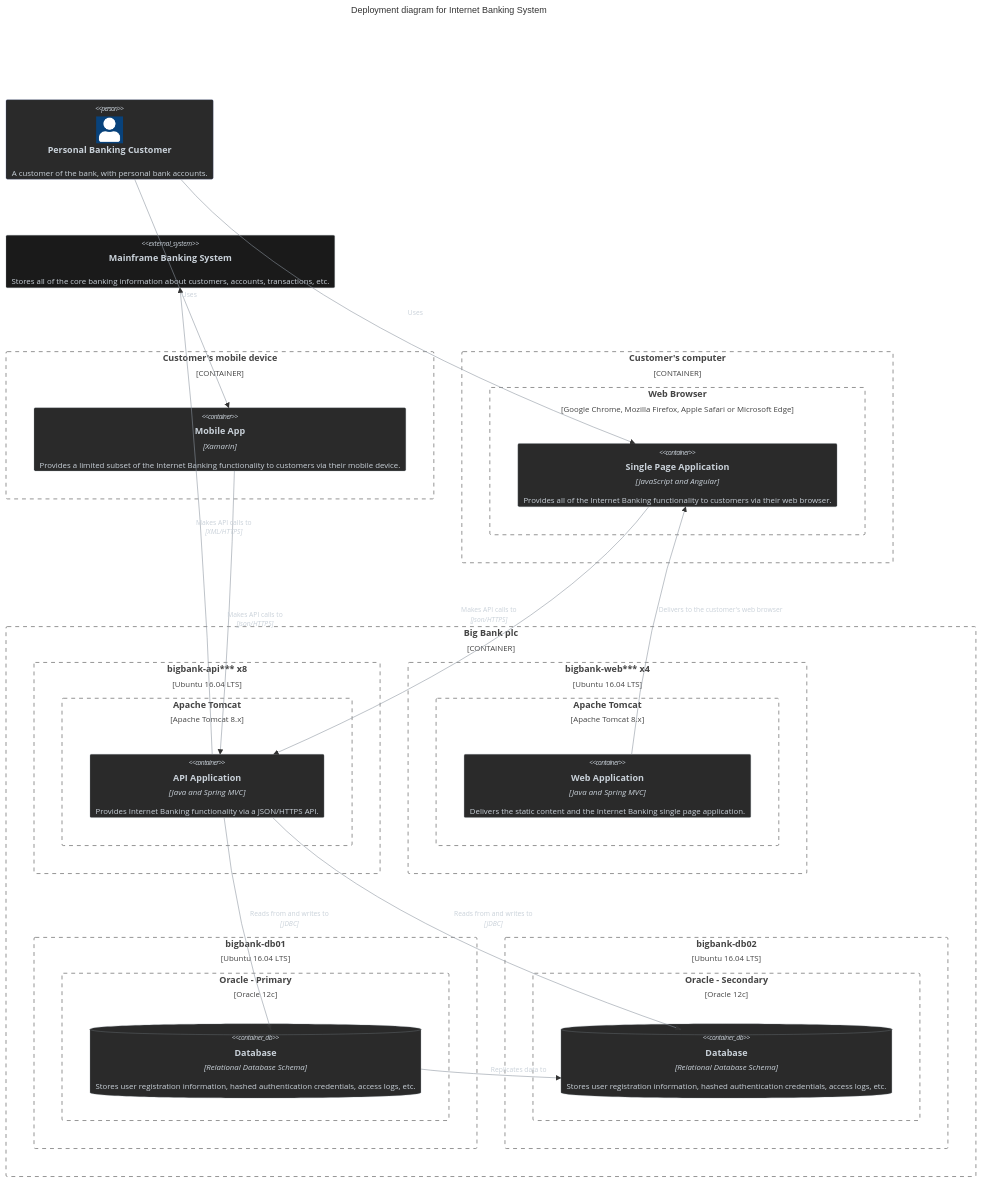
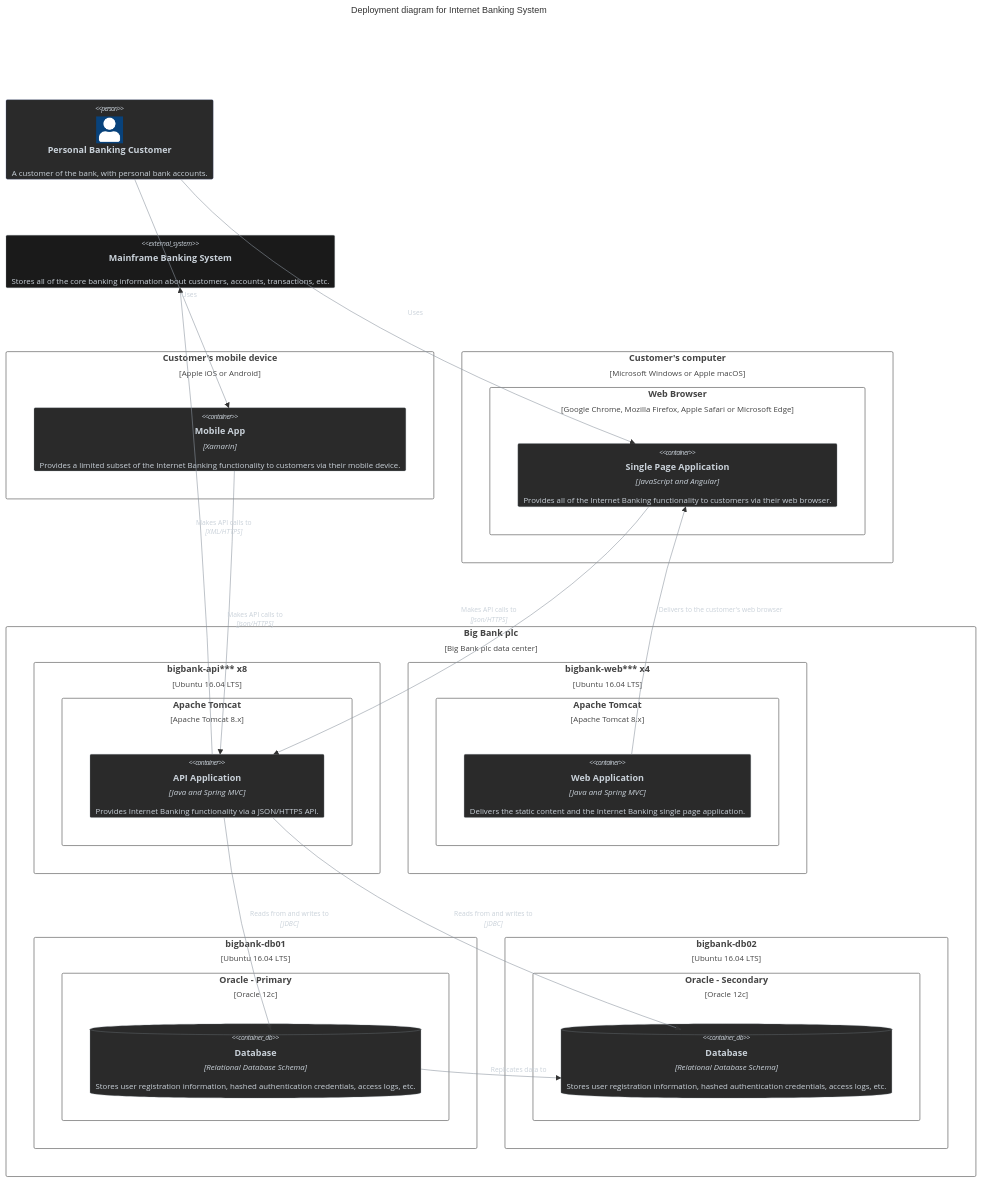
One commit to antshc/brain changed the fourth of 5 diagrams in plugins/wf/skills/architecture-diagram/README.md. Above: the diagram before and after it, drawn with Mermaid. The commit also changed other lines of this file, not shown here.

Commit message:
Update deployment examples to C4Deployment

````diff
--- a/plugins/wf/skills/architecture-diagram/README.md
+++ b/plugins/wf/skills/architecture-diagram/README.md
@@ -153,69 +153,69 @@
 ```mermaid
-C4Container
+C4Deployment
     title Deployment diagram for Internet Banking System
 
     Person(customer, "Personal Banking Customer", "A customer of the bank, with personal bank accounts.")
     System_Ext(mainframe, "Mainframe Banking System", "Stores all of the core banking information about customers, accounts, transactions, etc.")
 
-    Container_Boundary(mob, "Customer's mobile device", "Apple iOS or Android") {
+    Deployment_Node(mob, "Customer's mobile device", "Apple iOS or Android") {
         Container(mobile, "Mobile App", "Xamarin", "Provides a limited subset of the Internet Banking functionality to customers via their mobile device.")
     }
 
-    Container_Boundary(comp, "Customer's computer", "Microsoft Windows or Apple macOS") {
-        Boundary(browser, "Web Browser", "Google Chrome, Mozilla Firefox, Apple Safari or Microsoft Edge") {
+    Deployment_Node(comp, "Customer's computer", "Microsoft Windows or Apple macOS") {
+        Deployment_Node(browser, "Web Browser", "Google Chrome, Mozilla Firefox, Apple Safari or Microsoft Edge") {
             Container(spa, "Single Page Application", "JavaScript and Angular", "Provides all of the Internet Banking functionality to customers via their web browser.")
         }
     }
 
-    Container_Boundary(plc, "Big Bank plc", "Big Bank plc data center") {
-        Boundary(dn, "bigbank-api*** x8", "Ubuntu 16.04 LTS") {
-            Boundary(apache, "Apache Tomcat", "Apache Tomcat 8.x") {
+    Deployment_Node(plc, "Big Bank plc", "Big Bank plc data center") {
+        Deployment_Node(dn, "bigbank-api*** x8", "Ubuntu 16.04 LTS") {
+            Deployment_Node(apache, "Apache Tomcat", "Apache Tomcat 8.x") {
                 Container(api, "API Application", "Java and Spring MVC", "Provides Internet Banking functionality via a JSON/HTTPS API.")
             }
         }
-        Boundary(bb2, "bigbank-web*** x4", "Ubuntu 16.04 LTS") {
-            Boundary(apache2, "Apache Tomcat", "Apache Tomcat 8.x") {
+        Deployment_Node(bb2, "bigbank-web*** x4", "Ubuntu 16.04 LTS") {
+            Deployment_Node(apache2, "Apache Tomcat", "Apache Tomcat 8.x") {
                 Container(web, "Web Application", "Java and Spring MVC", "Delivers the static content and the Internet Banking single page application.")
             }
         }
-        Boundary(bigbankdb01, "bigbank-db01", "Ubuntu 16.04 LTS") {
-            Boundary(oracle, "Oracle - Primary", "Oracle 12c") {
+        Deployment_Node(bigbankdb01, "bigbank-db01", "Ubuntu 16.04 LTS") {
+            Deployment_Node(oracle, "Oracle - Primary", "Oracle 12c") {
                 ContainerDb(db, "Database", "Relational Database Schema", "Stores user registration information, hashed authentication credentials, access logs, etc.")
             }
         }
-        Boundary(bigbankdb02, "bigbank-db02", "Ubuntu 16.04 LTS") {
-            Boundary(oracle2, "Oracle - Secondary", "Oracle 12c") {
+        Deployment_Node(bigbankdb02, "bigbank-db02", "Ubuntu 16.04 LTS") {
+            Deployment_Node(oracle2, "Oracle - Secondary", "Oracle 12c") {
                 ContainerDb(db2, "Database", "Relational Database Schema", "Stores user registration information, hashed authentication credentials, access logs, etc.")
             }
         }
     }
 
     Rel(customer, mobile, "Uses")
     Rel(customer, spa, "Uses")
     Rel(mobile, api, "Makes API calls to", "json/HTTPS")
     Rel(spa, api, "Makes API calls to", "json/HTTPS")
     Rel_U(web, spa, "Delivers to the customer's web browser")
     Rel(api, db, "Reads from and writes to", "JDBC")
     Rel(api, db2, "Reads from and writes to", "JDBC")
     Rel_R(db, db2, "Replicates data to")
     Rel(api, mainframe, "Makes API calls to", "XML/HTTPS")
 
     UpdateElementStyle(customer, $fontColor="#c9d1d9", $bgColor="#2a2a2a", $borderColor="#4a5a8a")
     UpdateElementStyle(mobile, $fontColor="#c9d1d9", $bgColor="#2a2a2a", $borderColor="#8b949e")
     UpdateElementStyle(spa, $fontColor="#c9d1d9", $bgColor="#2a2a2a", $borderColor="#8b949e")
     UpdateElementStyle(api, $fontColor="#c9d1d9", $bgColor="#2a2a2a", $borderColor="#8b949e")
     UpdateElementStyle(web, $fontColor="#c9d1d9", $bgColor="#2a2a2a", $borderColor="#8b949e")
     UpdateElementStyle(db, $fontColor="#c9d1d9", $bgColor="#2a2a2a", $borderColor="#8b949e")
     UpdateElementStyle(db2, $fontColor="#c9d1d9", $bgColor="#2a2a2a", $borderColor="#8b949e")
     UpdateElementStyle(mainframe, $fontColor="#c9d1d9", $bgColor="#1a1a1a", $borderColor="#8b949e")
 
     UpdateRelStyle(customer, mobile, $textColor="#c9d1d9", $lineColor="#8b949e")
     UpdateRelStyle(customer, spa, $textColor="#c9d1d9", $lineColor="#8b949e")
     UpdateRelStyle(mobile, api, $textColor="#c9d1d9", $lineColor="#8b949e")
     UpdateRelStyle(spa, api, $textColor="#c9d1d9", $lineColor="#8b949e", $offsetY="-40")
     UpdateRelStyle(web, spa, $textColor="#c9d1d9", $lineColor="#8b949e", $offsetY="-40")
     UpdateRelStyle(api, db, $textColor="#c9d1d9", $lineColor="#8b949e", $offsetY="-20", $offsetX="5")
     UpdateRelStyle(api, db2, $textColor="#c9d1d9", $lineColor="#8b949e", $offsetX="-40", $offsetY="-20")
     UpdateRelStyle(db, db2, $textColor="#c9d1d9", $lineColor="#8b949e", $offsetY="-10")
     UpdateRelStyle(api, mainframe, $textColor="#c9d1d9", $lineColor="#8b949e")
 ```
````
